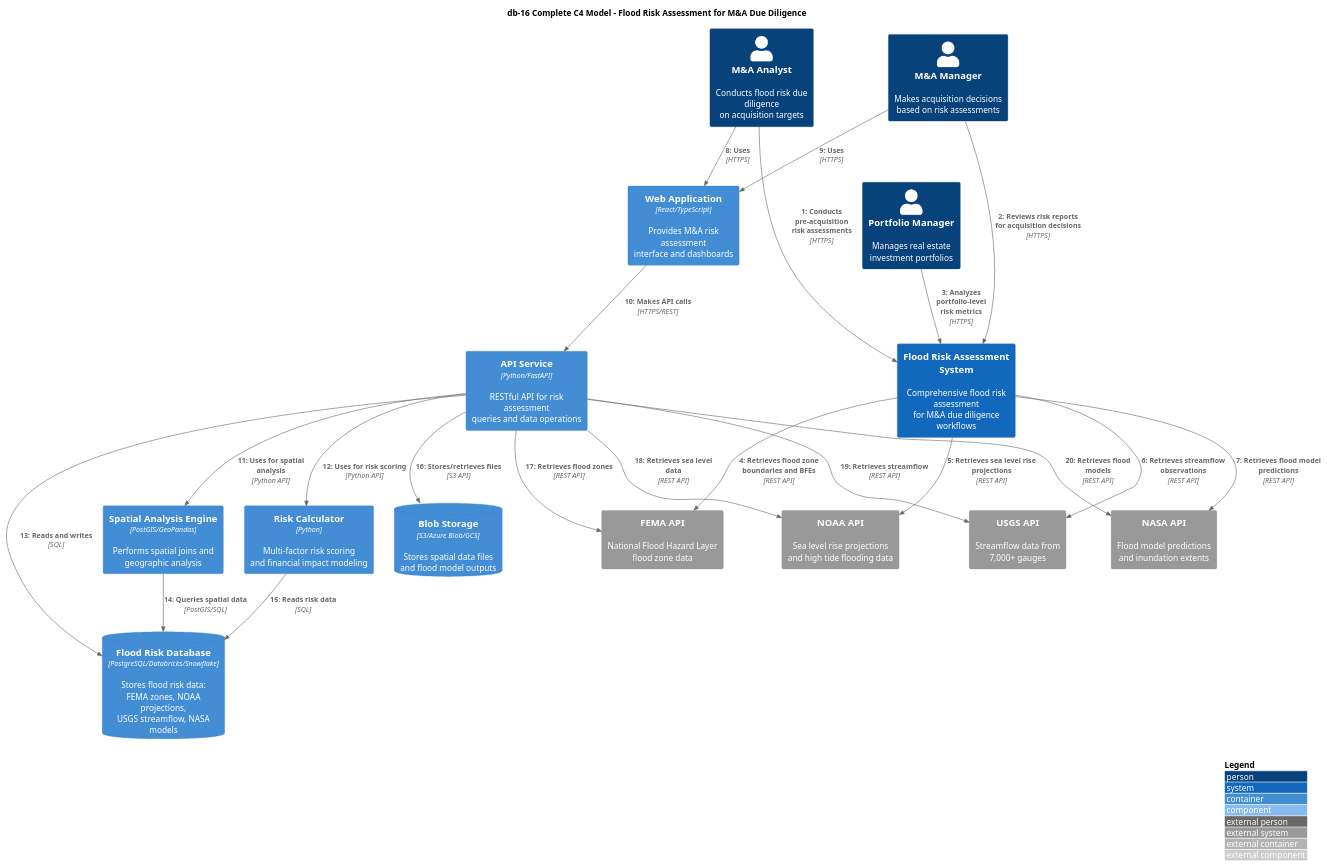
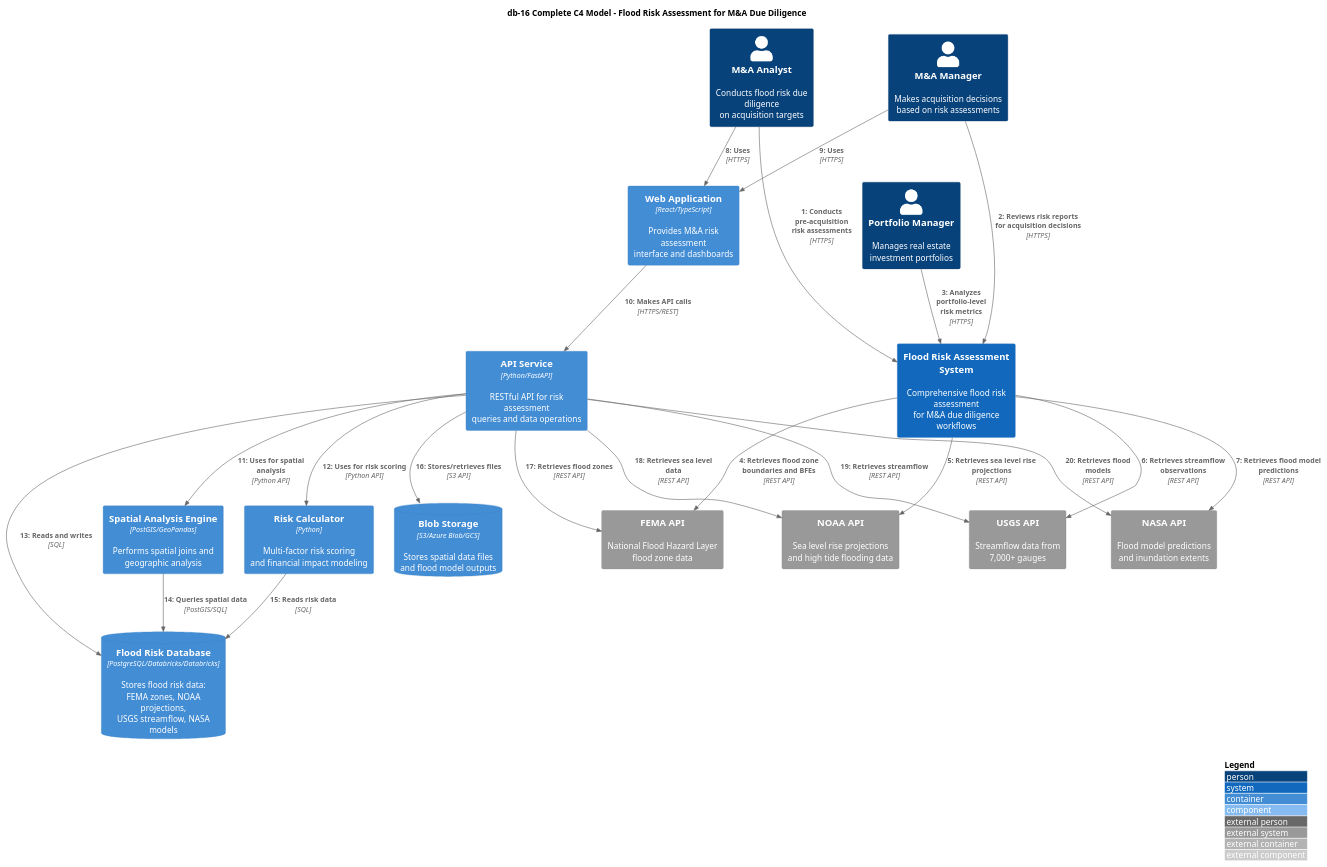
Before and after one commit to 1digitaldesign/db-6-weather-documentation: the diagram in db-16/docs/c4/C4_PLANTUML.puml, drawn with PlantUML. The commit also changed 197 other files, not shown here.

Commit message:
Update db-10, db-11, db-16, db-6, db-7, db-8, db-9: schema, deliverables, validation results

```diff
--- a/db-16/docs/c4/C4_PLANTUML.puml
+++ b/db-16/docs/c4/C4_PLANTUML.puml
@@ -1,60 +1,60 @@
 @startuml db16_complete_c4
 !include https://raw.githubusercontent.com/plantuml-stdlib/C4-PlantUML/master/C4_Context.puml
 !include https://raw.githubusercontent.com/plantuml-stdlib/C4-PlantUML/master/C4_Container.puml
 !include https://raw.githubusercontent.com/plantuml-stdlib/C4-PlantUML/master/C4_Component.puml
 !include https://raw.githubusercontent.com/plantuml-stdlib/C4-PlantUML/master/C4_Dynamic.puml
 
 LAYOUT_WITH_LEGEND()
 
 title db-16 Complete C4 Model - Flood Risk Assessment for M&A Due Diligence
 
 ' ==========================================
 ' Level 1: System Context
 ' ==========================================
 
 Person(m_a_analyst, "M&A Analyst", "Conducts flood risk due diligence\non acquisition targets")
 Person(m_a_manager, "M&A Manager", "Makes acquisition decisions\nbased on risk assessments")
 Person(portfolio_manager, "Portfolio Manager", "Manages real estate\ninvestment portfolios")
 
 System(db16_system, "Flood Risk Assessment System", "Comprehensive flood risk assessment\nfor M&A due diligence workflows")
 
 System_Ext(fema_api, "FEMA API", "National Flood Hazard Layer\nflood zone data")
 System_Ext(noaa_api, "NOAA API", "Sea level rise projections\nand high tide flooding data")
 System_Ext(usgs_api, "USGS API", "Streamflow data from\n7,000+ gauges")
 System_Ext(nasa_api, "NASA API", "Flood model predictions\nand inundation extents")
 
 Rel(m_a_analyst, db16_system, "Conducts pre-acquisition\nrisk assessments", "HTTPS")
 Rel(m_a_manager, db16_system, "Reviews risk reports\nfor acquisition decisions", "HTTPS")
 Rel(portfolio_manager, db16_system, "Analyzes portfolio-level\nrisk metrics", "HTTPS")
 
 Rel(db16_system, fema_api, "Retrieves flood zone\nboundaries and BFEs", "REST API")
 Rel(db16_system, noaa_api, "Retrieves sea level rise\nprojections", "REST API")
 Rel(db16_system, usgs_api, "Retrieves streamflow\nobservations", "REST API")
 Rel(db16_system, nasa_api, "Retrieves flood model\npredictions", "REST API")
 
 ' ==========================================
 ' Level 2: Container
 ' ==========================================
 
 Container(web_app, "Web Application", "React/TypeScript", "Provides M&A risk assessment\ninterface and dashboards")
 Container(api_service, "API Service", "Python/FastAPI", "RESTful API for risk assessment\nqueries and data operations")
 Container(spatial_engine, "Spatial Analysis Engine", "PostGIS/GeoPandas", "Performs spatial joins and\ngeographic analysis")
 Container(risk_calculator, "Risk Calculator", "Python", "Multi-factor risk scoring\nand financial impact modeling")
-ContainerDb(database, "Flood Risk Database", "PostgreSQL/Databricks/Snowflake", "Stores flood risk data:\nFEMA zones, NOAA projections,\nUSGS streamflow, NASA models")
+ContainerDb(database, "Flood Risk Database", "PostgreSQL/Databricks/Databricks", "Stores flood risk data:\nFEMA zones, NOAA projections,\nUSGS streamflow, NASA models")
 ContainerDb(blob_storage, "Blob Storage", "S3/Azure Blob/GCS", "Stores spatial data files\nand flood model outputs")
 
 Rel(m_a_analyst, web_app, "Uses", "HTTPS")
 Rel(m_a_manager, web_app, "Uses", "HTTPS")
 Rel(web_app, api_service, "Makes API calls", "HTTPS/REST")
 Rel(api_service, spatial_engine, "Uses for spatial analysis", "Python API")
 Rel(api_service, risk_calculator, "Uses for risk scoring", "Python API")
 Rel(api_service, database, "Reads and writes", "SQL")
 Rel(spatial_engine, database, "Queries spatial data", "PostGIS/SQL")
 Rel(risk_calculator, database, "Reads risk data", "SQL")
 Rel(api_service, blob_storage, "Stores/retrieves files", "S3 API")
 Rel(api_service, fema_api, "Retrieves flood zones", "REST API")
 Rel(api_service, noaa_api, "Retrieves sea level data", "REST API")
 Rel(api_service, usgs_api, "Retrieves streamflow", "REST API")
 Rel(api_service, nasa_api, "Retrieves flood models", "REST API")
 
 @enduml
```
